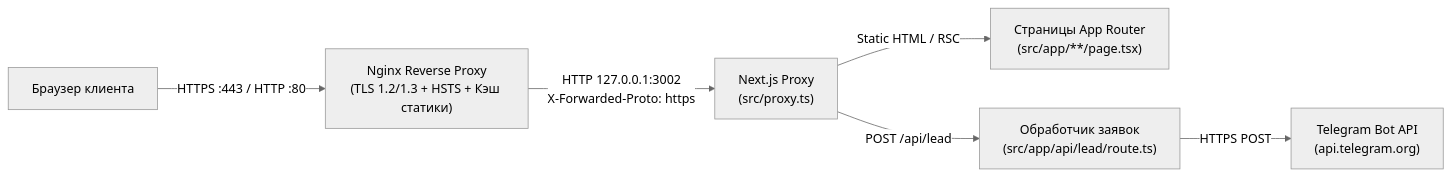
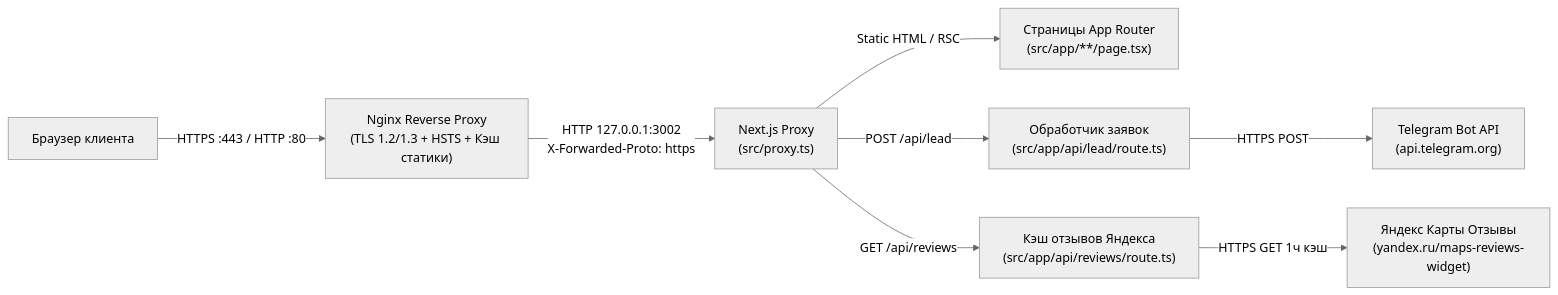
One commit to ZANYRI/goodroom changed the diagram in docs/DOCUMENTATION.ru.md. Above: the diagram before and after it, drawn with Mermaid (neutral theme). The commit also changed other lines of this file and 2 other files, not shown here.

Commit message:
docs: update RU/EN documentation & README for architectural redesign, dual theme & Yandex reviews sync

````diff
--- a/docs/DOCUMENTATION.ru.md
+++ b/docs/DOCUMENTATION.ru.md
@@ -59,8 +62,10 @@
 ```mermaid
 flowchart LR
     Browser["Браузер клиента"] -->|HTTPS :443 / HTTP :80| Nginx["Nginx Reverse Proxy\n(TLS 1.2/1.3 + HSTS + Кэш статики)"]
     Nginx -->|HTTP 127.0.0.1:3002\nX-Forwarded-Proto: https| Proxy["Next.js Proxy\n(src/proxy.ts)"]
     Proxy -->|Static HTML / RSC| Pages["Страницы App Router\n(src/app/**/page.tsx)"]
     Proxy -->|POST /api/lead| LeadAPI["Обработчик заявок\n(src/app/api/lead/route.ts)"]
+    Proxy -->|GET /api/reviews| ReviewsAPI["Кэш отзывов Яндекса\n(src/app/api/reviews/route.ts)"]
     LeadAPI -->|HTTPS POST| Telegram["Telegram Bot API\n(api.telegram.org)"]
+    ReviewsAPI -->|HTTPS GET 1ч кэш| YandexReviews["Яндекс Карты Отзывы\n(yandex.ru/maps-reviews-widget)"]
 ```
````
